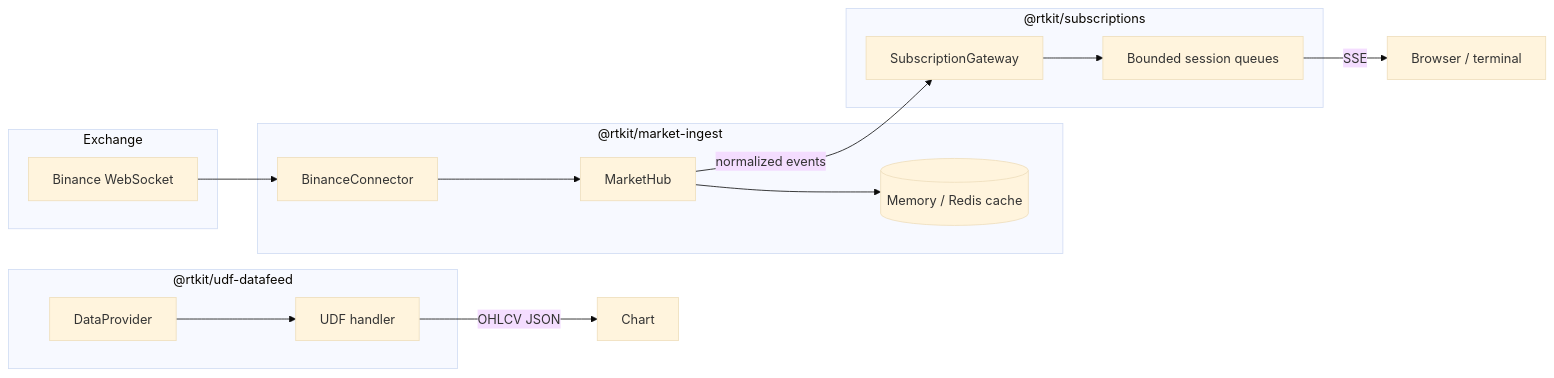
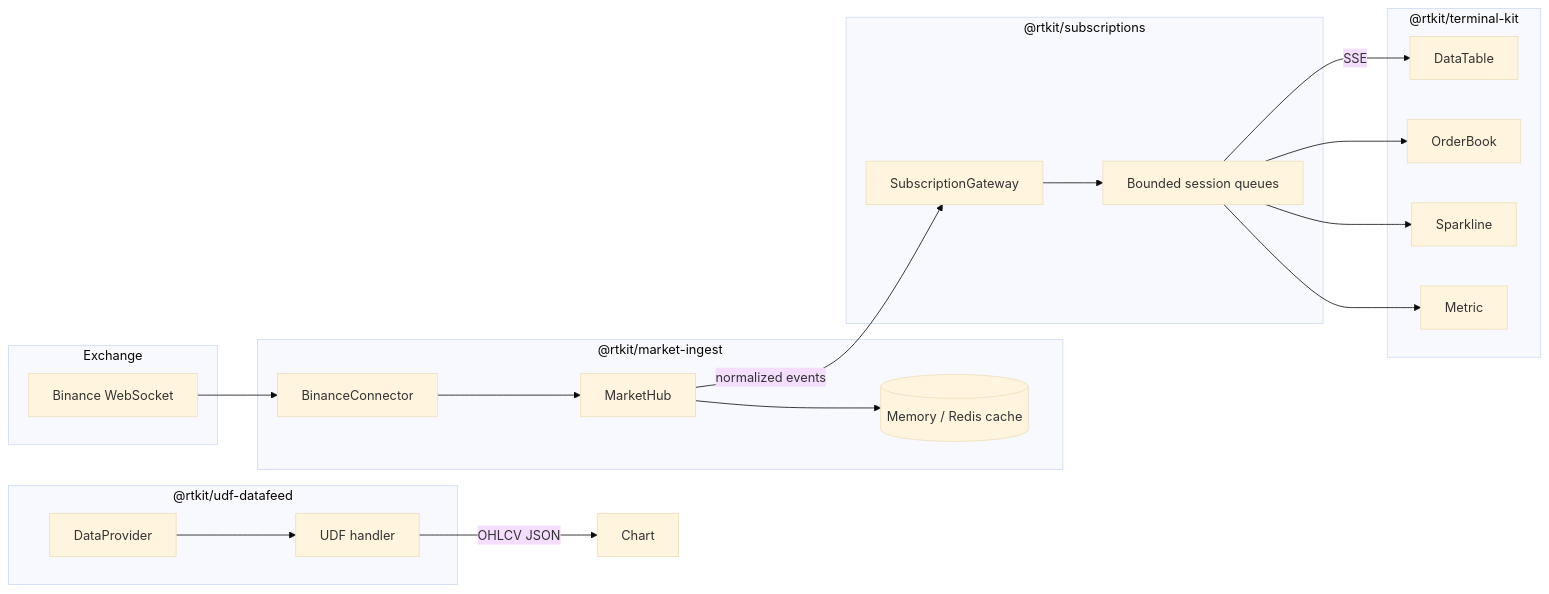
The first of 3 diagrams in docs/architecture.md (jefo/realtime-kit), drawn with Mermaid (base theme) before and after one commit. The commit also changed other lines of this file and 56 other files, not shown here.

Commit message:
feat(terminal-kit): Svelte 5 components, demo dashboard and docs

````diff
--- a/docs/architecture.md
+++ b/docs/architecture.md
@@ -5,31 +5,41 @@
 ```mermaid
 flowchart LR
   subgraph Exchange
     WS[Binance WebSocket]
   end
 
   subgraph Ingest["@rtkit/market-ingest"]
     C[BinanceConnector]
     H[MarketHub]
     K[(Memory / Redis cache)]
     C --> H
     H --> K
   end
 
   subgraph Transport["@rtkit/subscriptions"]
     G[SubscriptionGateway]
     Q[Bounded session queues]
     G --> Q
   end
 
   subgraph Charts["@rtkit/udf-datafeed"]
     U[UDF handler]
     P[DataProvider]
     P --> U
   end
 
+  subgraph UI["@rtkit/terminal-kit"]
+    T[DataTable]
+    B[OrderBook]
+    S[Sparkline]
+    M[Metric]
+  end
+
   WS --> C
   H -->|normalized events| G
-  Q -->|SSE| Browser[Browser / terminal]
+  Q -->|SSE| T
+  Q --> B
+  Q --> S
+  Q --> M
   U -->|OHLCV JSON| Chart[Chart]
 ```
````
